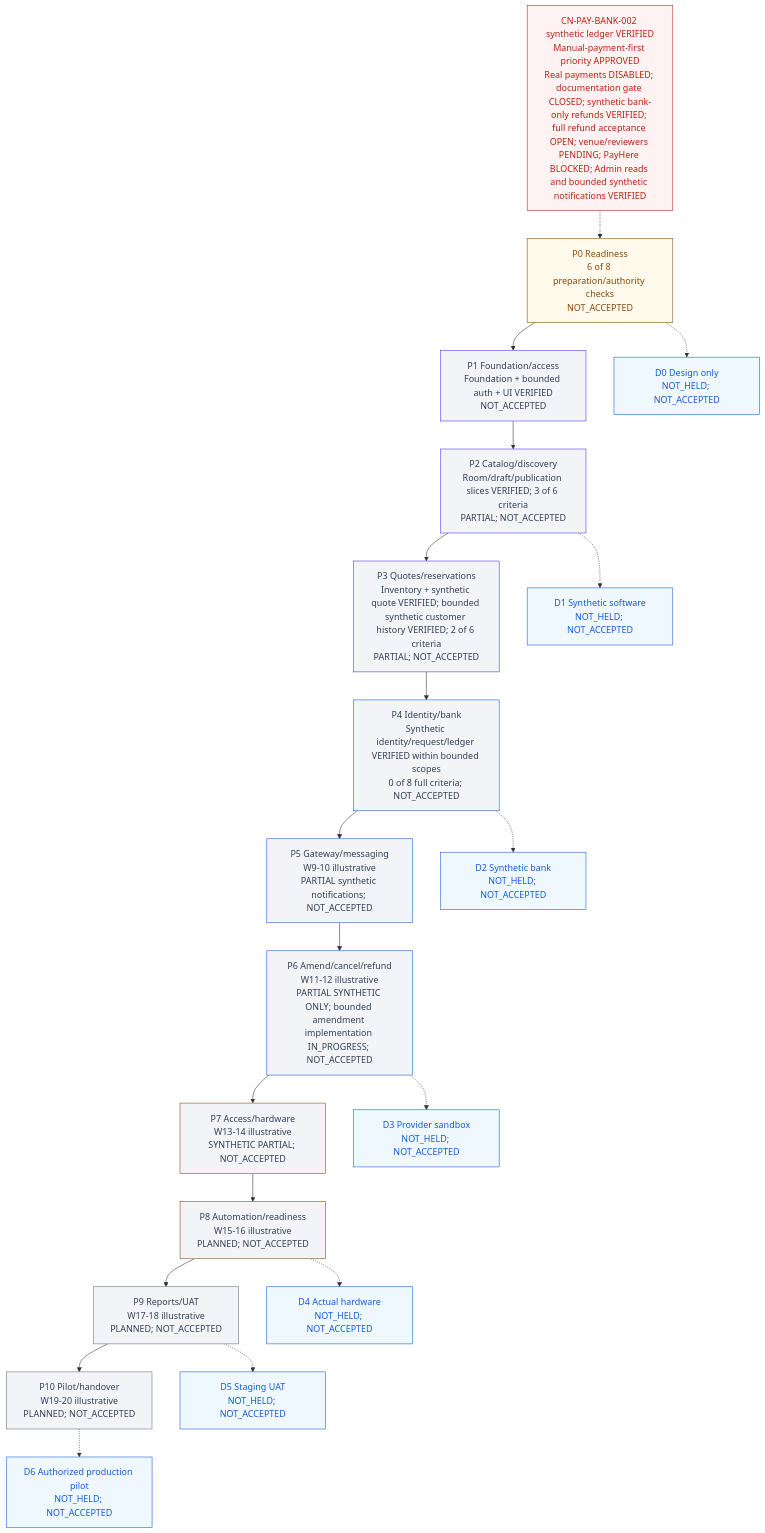
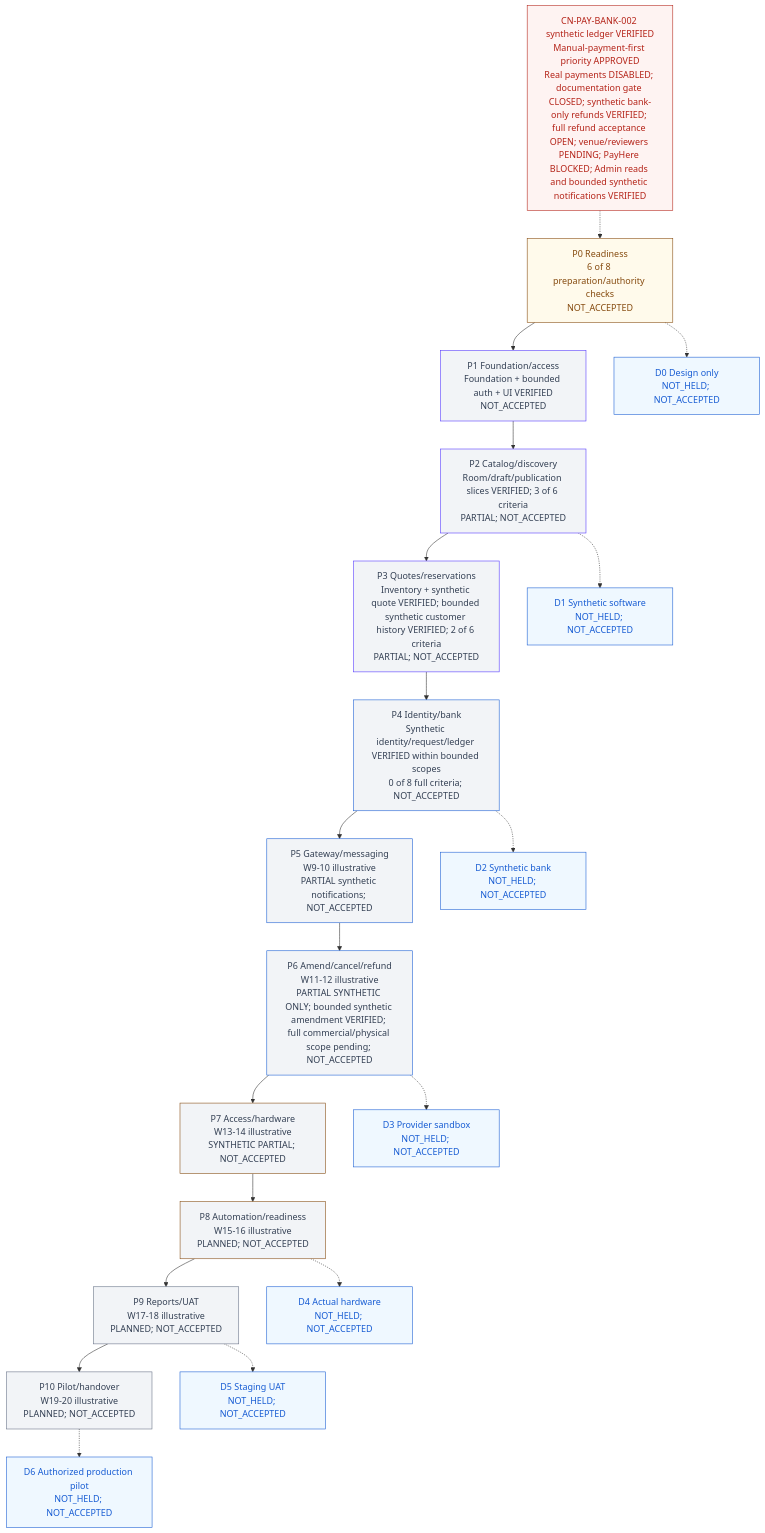
One commit to Hasitha3513/Theater-Project changed the diagram in knowledge/PROGRESS.md. Above: the diagram before and after it, drawn with Mermaid. The commit also changed other lines of this file and 6 other files, not shown here.

Commit message:
docs(execution): verify bounded CN-AMEND-001 closure

````diff
--- a/knowledge/PROGRESS.md
+++ b/knowledge/PROGRESS.md
@@ -313,45 +313,45 @@
 ```mermaid
 flowchart TB
   G["CN-PAY-BANK-002 synthetic ledger VERIFIED<br/>Manual-payment-first priority APPROVED<br/>Real payments DISABLED; documentation gate CLOSED; synthetic bank-only refunds VERIFIED; full refund acceptance OPEN; venue/reviewers PENDING; PayHere BLOCKED; Admin reads and bounded synthetic notifications VERIFIED"]
   P0["P0 Readiness<br/>6 of 8 preparation/authority checks<br/>NOT_ACCEPTED"]
   P1["P1 Foundation/access<br/>Foundation + bounded auth + UI VERIFIED<br/>NOT_ACCEPTED"]
   P2["P2 Catalog/discovery<br/>Room/draft/publication slices VERIFIED; 3 of 6 criteria<br/>PARTIAL; NOT_ACCEPTED"]
   P3["P3 Quotes/reservations<br/>Inventory + synthetic quote VERIFIED; bounded synthetic customer history VERIFIED; 2 of 6 criteria<br/>PARTIAL; NOT_ACCEPTED"]
   P4["P4 Identity/bank<br/>Synthetic identity/request/ledger VERIFIED within bounded scopes<br/>0 of 8 full criteria; NOT_ACCEPTED"]
   P5["P5 Gateway/messaging<br/>W9-10 illustrative<br/>PARTIAL synthetic notifications; NOT_ACCEPTED"]
-  P6["P6 Amend/cancel/refund<br/>W11-12 illustrative<br/>PARTIAL SYNTHETIC ONLY; bounded amendment implementation IN_PROGRESS; NOT_ACCEPTED"]
+  P6["P6 Amend/cancel/refund<br/>W11-12 illustrative<br/>PARTIAL SYNTHETIC ONLY; bounded synthetic amendment VERIFIED; full commercial/physical scope pending; NOT_ACCEPTED"]
   P7["P7 Access/hardware<br/>W13-14 illustrative<br/>SYNTHETIC PARTIAL; NOT_ACCEPTED"]
   P8["P8 Automation/readiness<br/>W15-16 illustrative<br/>PLANNED; NOT_ACCEPTED"]
   P9["P9 Reports/UAT<br/>W17-18 illustrative<br/>PLANNED; NOT_ACCEPTED"]
   P10["P10 Pilot/handover<br/>W19-20 illustrative<br/>PLANNED; NOT_ACCEPTED"]
   G -.-> P0
   P0 --> P1 --> P2 --> P3 --> P4 --> P5 --> P6 --> P7 --> P8 --> P9 --> P10
   D0["D0 Design only<br/>NOT_HELD; NOT_ACCEPTED"]
   D1["D1 Synthetic software<br/>NOT_HELD; NOT_ACCEPTED"]
   D2["D2 Synthetic bank<br/>NOT_HELD; NOT_ACCEPTED"]
   D3["D3 Provider sandbox<br/>NOT_HELD; NOT_ACCEPTED"]
   D4["D4 Actual hardware<br/>NOT_HELD; NOT_ACCEPTED"]
   D5["D5 Staging UAT<br/>NOT_HELD; NOT_ACCEPTED"]
   D6["D6 Authorized production pilot<br/>NOT_HELD; NOT_ACCEPTED"]
   P0 -.-> D0
   P2 -.-> D1
   P4 -.-> D2
   P6 -.-> D3
   P8 -.-> D4
   P9 -.-> D5
   P10 -.-> D6
   classDef readiness fill:#FFFAEB,color:#854A0E,stroke:#854A0E;
   classDef foundation fill:#F2F4F7,color:#344054,stroke:#5135FF;
   classDef financial fill:#F2F4F7,color:#344054,stroke:#175CD3;
   classDef physical fill:#F2F4F7,color:#344054,stroke:#854A0E;
   classDef release fill:#F2F4F7,color:#344054,stroke:#667085;
   classDef blocked fill:#FEF3F2,color:#B42318,stroke:#B42318;
   classDef demo fill:#EFF8FF,color:#175CD3,stroke:#175CD3;
   class P0 readiness;
   class P1,P2,P3 foundation;
   class P4,P5,P6 financial;
   class P7,P8 physical;
   class P9,P10 release;
   class G blocked;
   class D0,D1,D2,D3,D4,D5,D6 demo;
 ```
````
